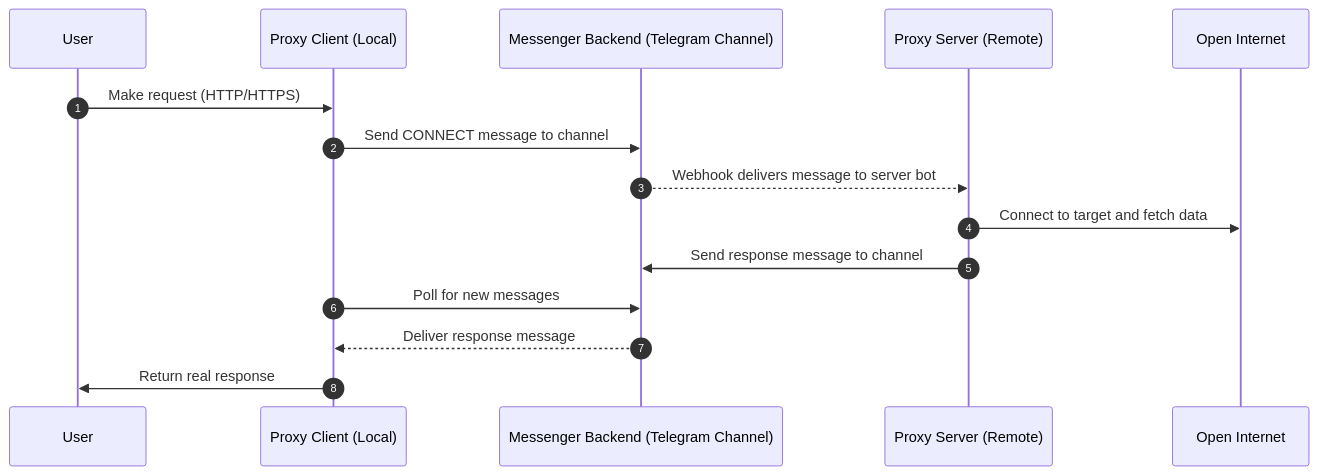
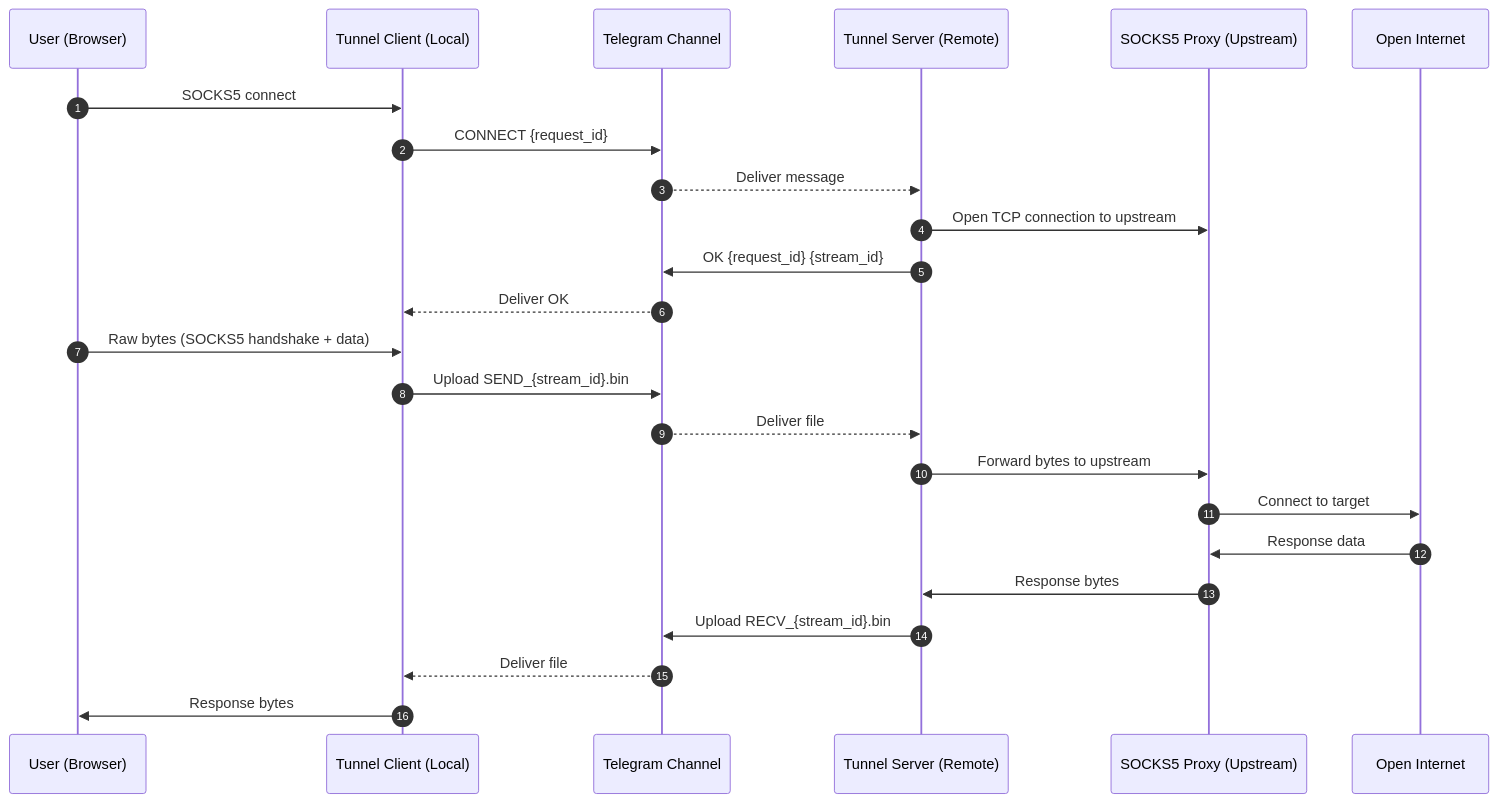
The diagram in README.md (itsamirhn/yes), drawn with Mermaid before and after one commit. The commit also changed other lines of this file and 4 other files, not shown here.

First line of the commit message:
refactor: simplify to transparent TCP tunnel with upstream SOCKS proxy

````diff
--- a/README.md
+++ b/README.md
@@ -16,19 +15,28 @@
 ```mermaid
 sequenceDiagram
     autonumber
 
-    participant U as User
-    participant C as Proxy Client (Local)
-    participant M as Messenger Backend (Telegram Channel)
-    participant S as Proxy Server (Remote)
+    participant U as User (Browser)
+    participant C as Tunnel Client (Local)
+    participant M as Telegram Channel
+    participant S as Tunnel Server (Remote)
+    participant P as SOCKS5 Proxy (Upstream)
     participant I as Open Internet
 
-    U->>C: Make request (HTTP/HTTPS)
-    C->>M: Send CONNECT message to channel
-    M-->>S: Webhook delivers message to server bot
-    S->>I: Connect to target and fetch data
-    S->>M: Send response message to channel
-    C->>M: Poll for new messages
-    M-->>C: Deliver response message
-    C->>U: Return real response
+    U->>C: SOCKS5 connect
+    C->>M: CONNECT {request_id}
+    M-->>S: Deliver message
+    S->>P: Open TCP connection to upstream
+    S->>M: OK {request_id} {stream_id}
+    M-->>C: Deliver OK
+    U->>C: Raw bytes (SOCKS5 handshake + data)
+    C->>M: Upload SEND_{stream_id}.bin
+    M-->>S: Deliver file
+    S->>P: Forward bytes to upstream
+    P->>I: Connect to target
+    I->>P: Response data
+    P->>S: Response bytes
+    S->>M: Upload RECV_{stream_id}.bin
+    M-->>C: Deliver file
+    C->>U: Response bytes
 ```
````
